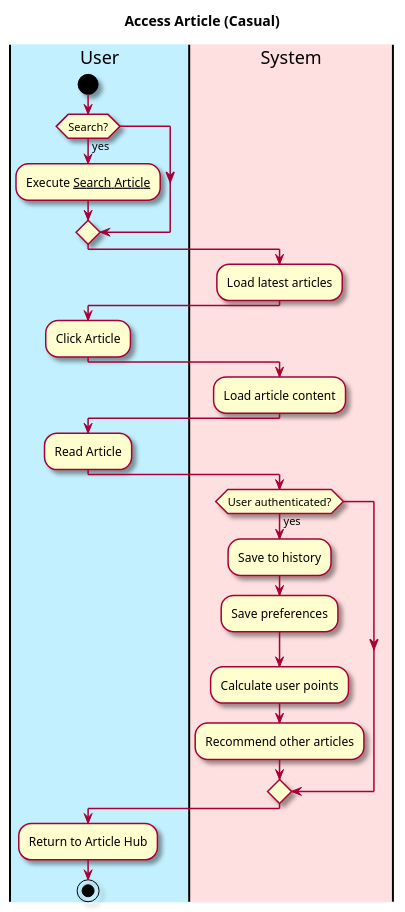
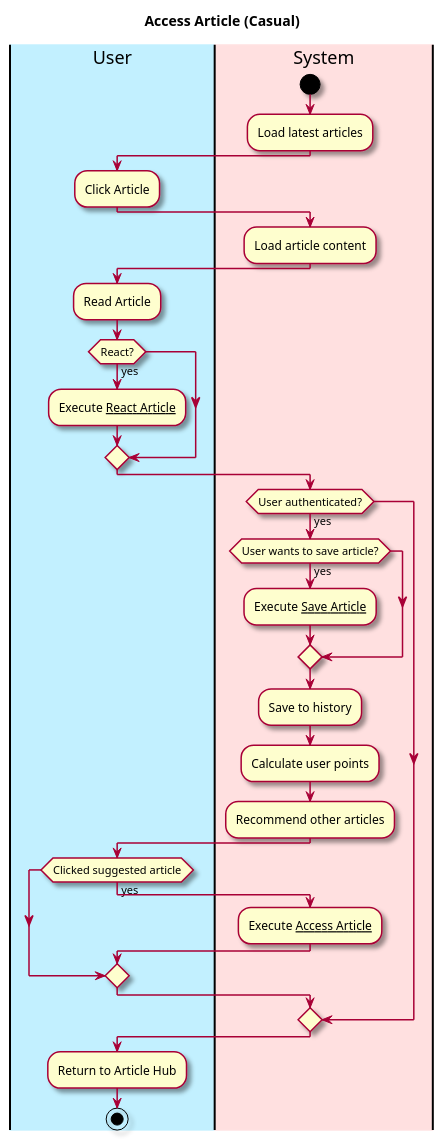
One commit to owhitleym-ui/EcoScoop changed the diagram in intellij/doc/Functional Specification/access-article.md. Above: the diagram before and after it, drawn with PlantUML. The commit also changed other lines of this file and 12 other files, not shown here.

````diff
--- a/intellij/doc/Functional Specification/access-article.md
+++ b/intellij/doc/Functional Specification/access-article.md
@@ -24,43 +24,48 @@
 ```plantuml
 @startuml
 
 skin rose
 
 title Access Article (Casual)
 
 'define the lanes
 |#application|User|
 |#implementation|System|
 
-|User|
 start
-if (Search?) then (yes)
-    :Execute __Search Article__;
-
-endif
 |System|
 :Load latest articles;
 
 |User|
 :Click Article;
 
 |System|
 :Load article content;
 
 |User|
 :Read Article;
+if (React?) then (yes)
+    :Execute __React Article__;
+endif
 
 |System|
 if (User authenticated?) then (yes)
+if (User wants to save article?) then (yes)
+  :Execute __Save Article__;
+endif
   :Save to history;
-  :Save preferences;
   :Calculate user points;
   :Recommend other articles;
+  |User|
+  if(Clicked suggested article) then (yes)
+  |System|
+  :Execute __Access Article__;
+  endif
 endif
 
 |User|
 :Return to Article Hub;
 
 stop
 @enduml
 ```
````
